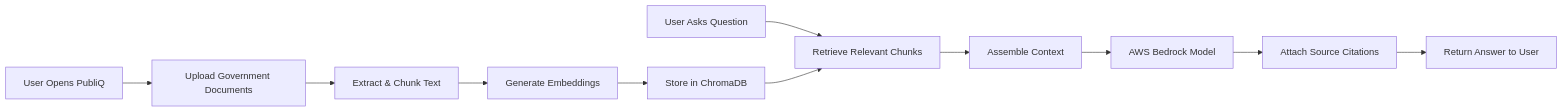
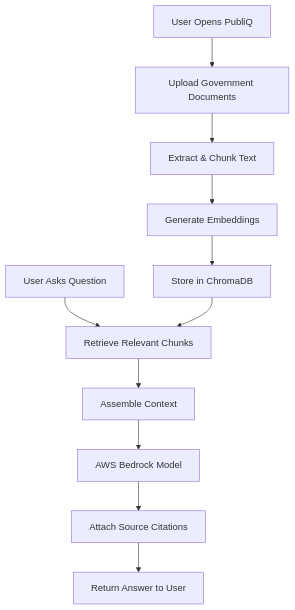
One commit to asteroiddestroyer911/PubliQ changed the diagram in diagrams/process_flow.mmd. Above: the diagram before and after it, drawn with Mermaid.

```diff
--- a/diagrams/process_flow.mmd
+++ b/diagrams/process_flow.mmd
@@ -1,14 +1,26 @@
-flowchart LR
+flowchart TD
 
-Start[User Opens PubliQ] --> Upload[Upload Government Documents]
-Upload --> Process[Extract & Chunk Text]
-Process --> Embed[Generate Embeddings]
-Embed --> Store[Store in ChromaDB]
+Start[User Opens PubliQ]
+Upload[Upload Government Documents]
+Process[Extract & Chunk Text]
+Embed[Generate Embeddings]
+Store[Store in ChromaDB]
 
-Query[User Asks Question] --> Retrieve[Retrieve Relevant Chunks]
-Retrieve --> Context[Assemble Context]
-Context --> LLM[AWS Bedrock Model]
-LLM --> Cite[Attach Source Citations]
-Cite --> Answer[Return Answer to User]
+Query[User Asks Question]
+Retrieve[Retrieve Relevant Chunks]
+Context[Assemble Context]
+LLM[AWS Bedrock Model]
+Cite[Attach Source Citations]
+Answer[Return Answer to User]
 
+Start --> Upload
+Upload --> Process
+Process --> Embed
+Embed --> Store
+
+Query --> Retrieve
 Store --> Retrieve
+Retrieve --> Context
+Context --> LLM
+LLM --> Cite
+Cite --> Answer
```
